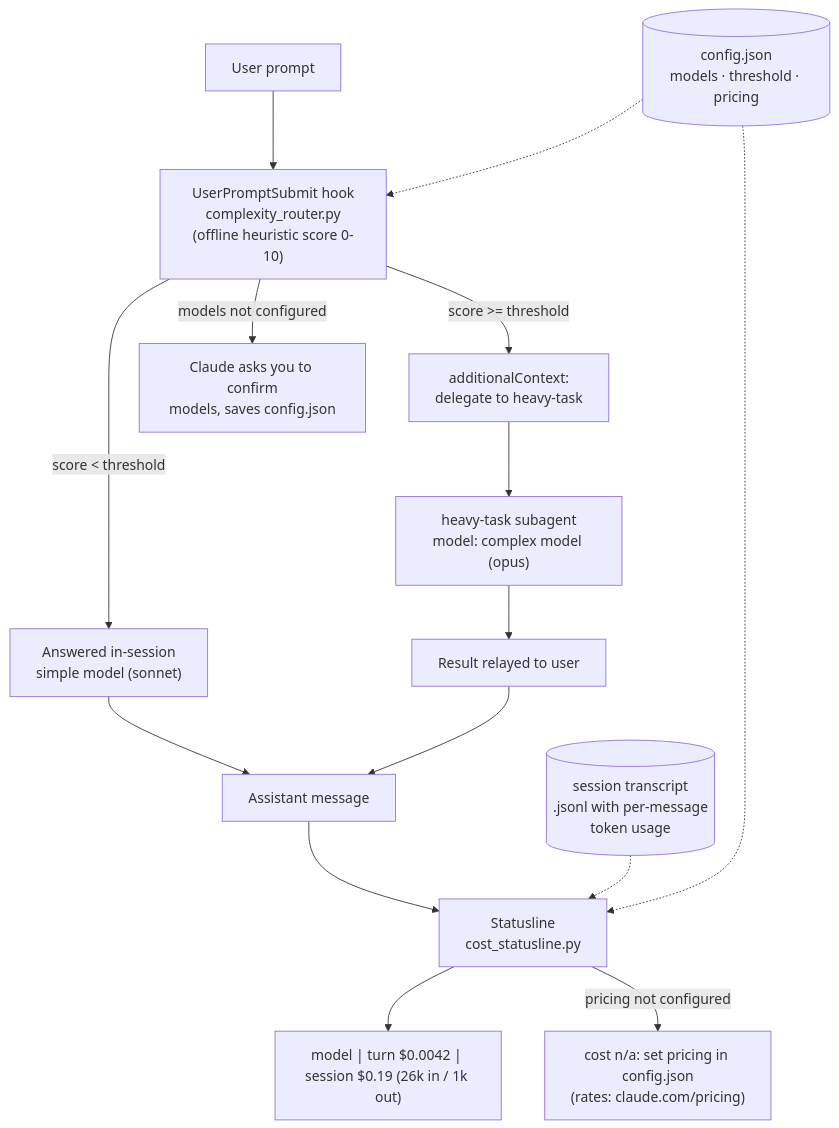
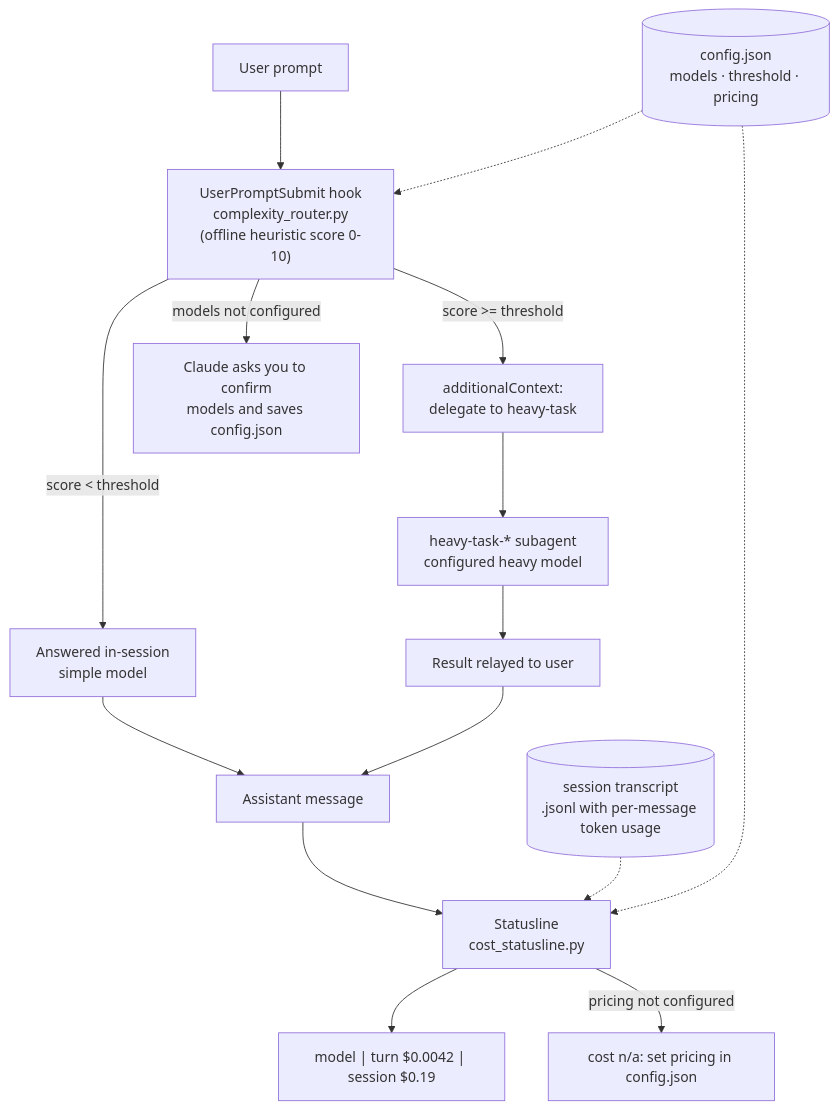
The first of 2 diagrams in README.md (jig21nesh/model-switcher), drawn with Mermaid before and after one commit. The commit also changed other lines of this file and 1 other file, not shown here.

````diff
--- a/README.md
+++ b/README.md
@@ -37,17 +211,24 @@
 ```mermaid
 flowchart TD
-    U[User prompt] --> H["UserPromptSubmit hook\ncomplexity_router.py\n(offline heuristic score 0-10)"]
-    C[("config.json\nmodels · threshold · pricing")] -.-> H
-    H -->|"score < threshold"| S["Answered in-session\nsimple model (sonnet)"]
-    H -->|"score >= threshold"| D["additionalContext:\ndelegate to heavy-task"]
-    H -->|"models not configured"| Q["Claude asks you to confirm\nmodels, saves config.json"]
-    D --> A["heavy-task subagent\nmodel: complex model (opus)"]
+    U[User prompt] --> H["UserPromptSubmit hook<br/>complexity_router.py<br/>(offline heuristic score 0-10)"]
+
+    C[("config.json<br/>models · threshold · pricing")] -.-> H
+
+    H -->|"score < threshold"| S["Answered in-session<br/>simple model"]
+    H -->|"score >= threshold"| D["additionalContext:<br/>delegate to heavy-task"]
+    H -->|"models not configured"| Q["Claude asks you to confirm<br/>models and saves config.json"]
+
+    D --> A["heavy-task-* subagent<br/>configured heavy model"]
     A --> R[Result relayed to user]
+
     S --> T[Assistant message]
     R --> T
-    T --> SL["Statusline\ncost_statusline.py"]
-    TR[("session transcript\n.jsonl with per-message\ntoken usage")] -.-> SL
+
+    T --> SL["Statusline<br/>cost_statusline.py"]
+
+    TR[("session transcript<br/>.jsonl with per-message token usage")] -.-> SL
     C -.-> SL
-    SL --> OUT["model | turn $0.0042 | session $0.19 (26k in / 1k out)"]
-    SL -->|"pricing not configured"| WARN["cost n/a: set pricing in config.json\n(rates: claude.com/pricing)"]
+
+    SL --> OUT["model | turn $0.0042 | session $0.19"]
+    SL -->|"pricing not configured"| WARN["cost n/a: set pricing in config.json"]
 ```
````
